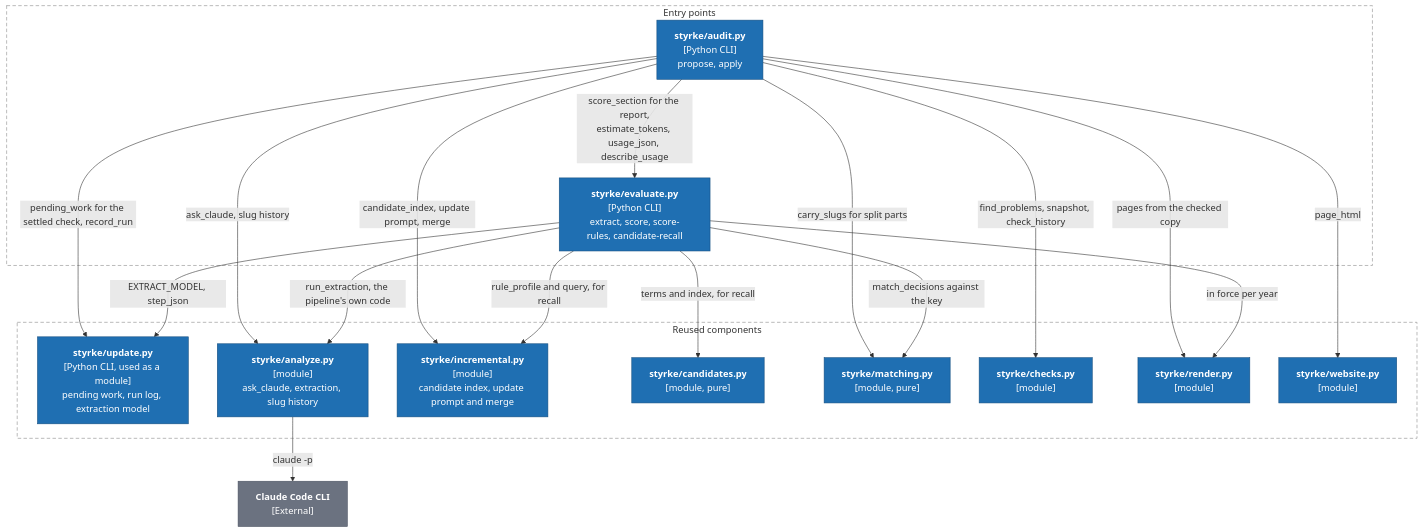
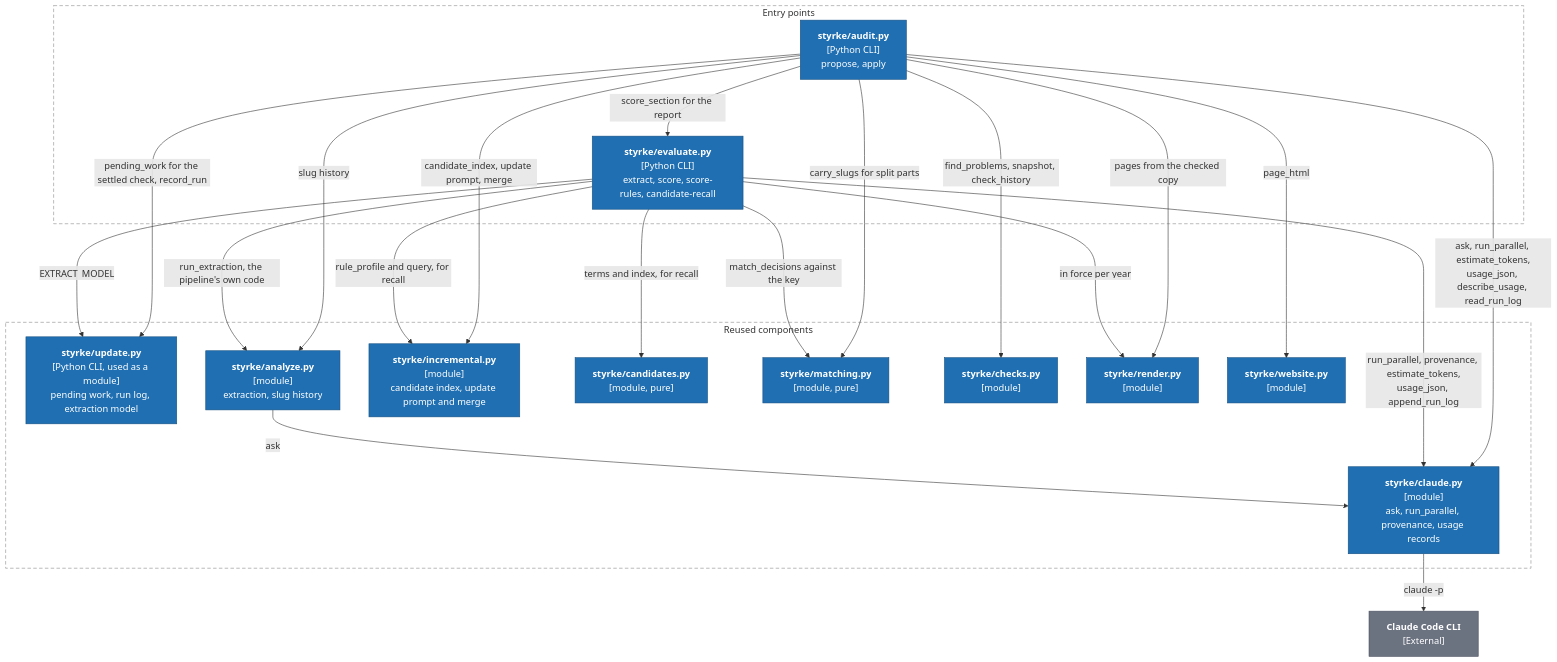
One commit to Lentz92/styrke-referater changed the tenth of 11 diagrams in docs/architecture.md. Above: the diagram before and after it, drawn with Mermaid. The commit also changed other lines of this file and 15 other files, not shown here.

First line of the commit message:
Move the paid Claude call into its own module, styrke/claude.py

````diff
--- a/docs/architecture.md
+++ b/docs/architecture.md
@@ -649,45 +654,49 @@
 ```mermaid
 flowchart TB
   %% Sources. The import lines of styrke/audit.py and styrke/evaluate.py and the calls named on the arrows.
 
   subgraph ENTRY["Entry points"]
     audit["<b>styrke/audit.py</b><br/>[Python CLI]<br/>propose, apply"]:::code
     evaluate["<b>styrke/evaluate.py</b><br/>[Python CLI]<br/>extract, score, score-rules, candidate-recall"]:::code
   end
   subgraph COMP["Reused components"]
     update["<b>styrke/update.py</b><br/>[Python CLI, used as a module]<br/>pending work, run log, extraction model"]:::code
-    analyze["<b>styrke/analyze.py</b><br/>[module]<br/>ask_claude, extraction, slug history"]:::code
+    analyze["<b>styrke/analyze.py</b><br/>[module]<br/>extraction, slug history"]:::code
+    claudepy["<b>styrke/claude.py</b><br/>[module]<br/>ask, run_parallel, provenance, usage records"]:::code
     incremental["<b>styrke/incremental.py</b><br/>[module]<br/>candidate index, update prompt and merge"]:::code
     candidates["<b>styrke/candidates.py</b><br/>[module, pure]"]:::code
     matching["<b>styrke/matching.py</b><br/>[module, pure]"]:::code
     checks["<b>styrke/checks.py</b><br/>[module]"]:::code
     render["<b>styrke/render.py</b><br/>[module]"]:::code
     website["<b>styrke/website.py</b><br/>[module]"]:::code
   end
   claude["<b>Claude Code CLI</b><br/>[External]"]:::ext
 
   audit -->|"pending_work for the settled check, record_run"| update
-  audit -->|"ask_claude, slug history"| analyze
+  audit -->|"slug history"| analyze
+  audit -->|"ask, run_parallel, estimate_tokens,<br/>usage_json, describe_usage, read_run_log"| claudepy
   audit -->|"candidate_index, update prompt, merge"| incremental
   audit -->|"find_problems, snapshot, check_history"| checks
-  audit -->|"score_section for the report,<br/>estimate_tokens, usage_json, describe_usage"| evaluate
+  audit -->|"score_section for the report"| evaluate
   audit -->|"carry_slugs for split parts"| matching
   audit -->|"pages from the checked copy"| render
   audit -->|"page_html"| website
   evaluate -->|"run_extraction, the pipeline's own code"| analyze
   evaluate -->|"rule_profile and query, for recall"| incremental
   evaluate -->|"terms and index, for recall"| candidates
   evaluate -->|"match_decisions against the key"| matching
   evaluate -->|"in force per year"| render
-  evaluate -->|"EXTRACT_MODEL, step_json"| update
-  analyze -->|"claude -p"| claude
+  evaluate -->|"EXTRACT_MODEL"| update
+  evaluate -->|"run_parallel, provenance, estimate_tokens,<br/>usage_json, append_run_log"| claudepy
+  analyze -->|"ask"| claudepy
+  claudepy -->|"claude -p"| claude
 
   style ENTRY fill:none,stroke:#8a8a8a,stroke-dasharray:6 4
   style COMP fill:none,stroke:#8a8a8a,stroke-dasharray:6 4
   classDef person fill:#0b3d6e,stroke:#072a4d,color:#ffffff
   classDef code fill:#1f6fb2,stroke:#154f80,color:#ffffff
   classDef claude fill:#c2410c,stroke:#8a2e08,color:#ffffff
   classDef ext fill:#6b7280,stroke:#4b5160,color:#ffffff
   classDef store fill:#2f7d5b,stroke:#1f5a40,color:#ffffff
   classDef guard fill:#8e244d,stroke:#5f1833,color:#ffffff
 ```
````
